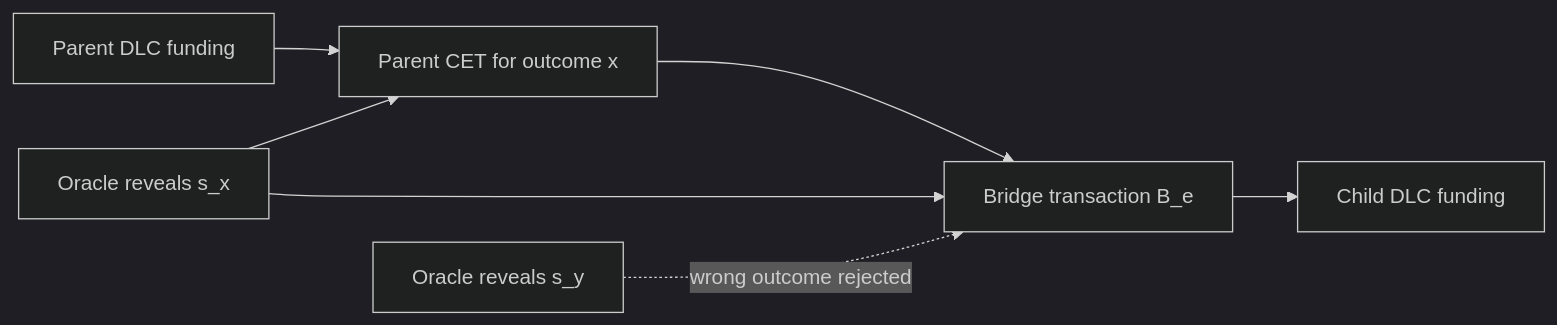
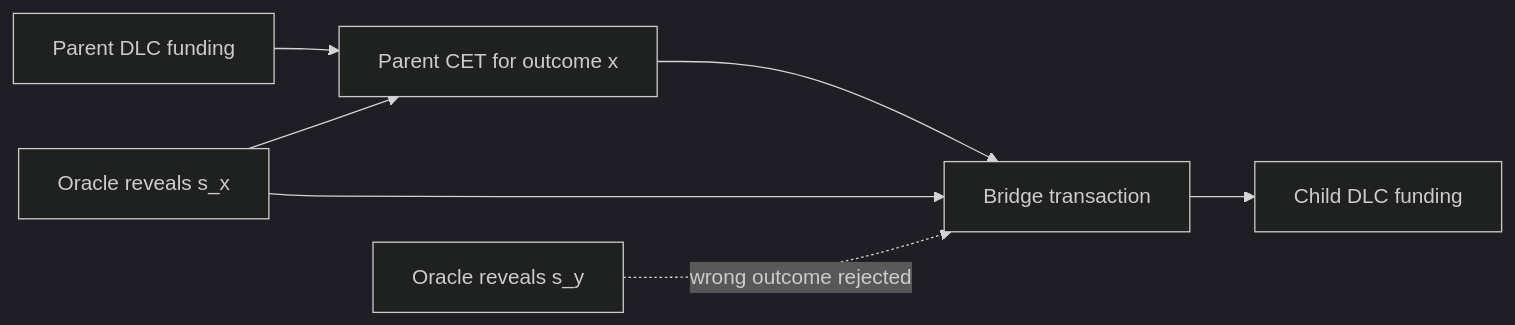
The diagram in README.md (dev865077/NITI), drawn with Mermaid (dark theme) before and after one commit. The commit also changed other lines of this file, not shown here.

````diff
--- a/README.md
+++ b/README.md
@@ -71,9 +116,9 @@
 ```mermaid
 flowchart LR
   A["Parent DLC funding"] --> B["Parent CET for outcome x"]
-  B --> C["Bridge transaction B_e"]
+  B --> C["Bridge transaction"]
   C --> D["Child DLC funding"]
   O["Oracle reveals s_x"] --> B
   O --> C
   Y["Oracle reveals s_y"] -. "wrong outcome rejected" .-> C
 ```
````
